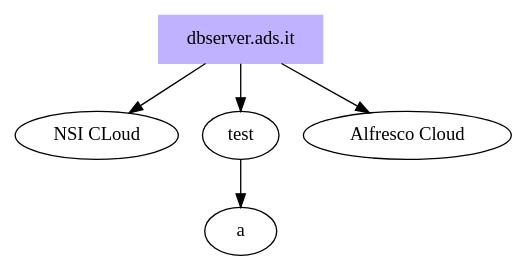
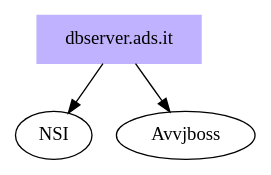
The diagram in postgres.dot (stonaz/avv_docs), drawn with Graphviz before and after one commit. The commit also changed 104 other files, not shown here.

```diff
--- a/postgres.dot
+++ b/postgres.dot
@@ -1,26 +1,18 @@
 digraph {
-	graph [bb="0,0,322,180"];
+	graph [bb="0,0,160.2,108"];
 	node [label="\N"];
 	"dbserver.ads.it"	 [color=".7 .3 1.0",
 		height=0.5,
-		pos="148,162",
+		pos="71,90",
 		shape=box,
 		style=filled,
 		width=1.3333];
-	"NSI CLoud"	 [height=0.5,
-		pos="51,90",
-		width=1.4305];
-	"dbserver.ads.it" -> "NSI CLoud"	 [pos="e,72.39,106.44 124.02,143.7 110.92,134.24 94.579,122.45 80.679,112.42"];
-	test	 [height=0.5,
-		pos="148,90",
+	NSI	 [height=0.5,
+		pos="27,18",
 		width=0.75];
-	"dbserver.ads.it" -> test	 [pos="e,148,108.1 148,143.7 148,135.98 148,126.71 148,118.11"];
-	"Alfresco Cloud"	 [height=0.5,
-		pos="258,90",
-		width=1.7916];
-	"dbserver.ads.it" -> "Alfresco Cloud"	 [pos="e,233.25,106.75 174.91,143.88 189.94,134.31 208.79,122.32 224.73,112.17"];
-	a	 [height=0.5,
-		pos="148,18",
-		width=0.75];
-	test -> a	 [pos="e,148,36.104 148,71.697 148,63.983 148,54.712 148,46.112"];
+	"dbserver.ads.it" -> NSI	 [pos="e,37.148,35.145 60.124,71.697 54.801,63.229 48.299,52.885 42.47,43.612"];
+	Avvjboss	 [height=0.5,
+		pos="116,18",
+		width=1.2277];
+	"dbserver.ads.it" -> Avvjboss	 [pos="e,105.31,35.622 82.124,71.697 87.433,63.437 93.89,53.394 99.736,44.299"];
 }
```
